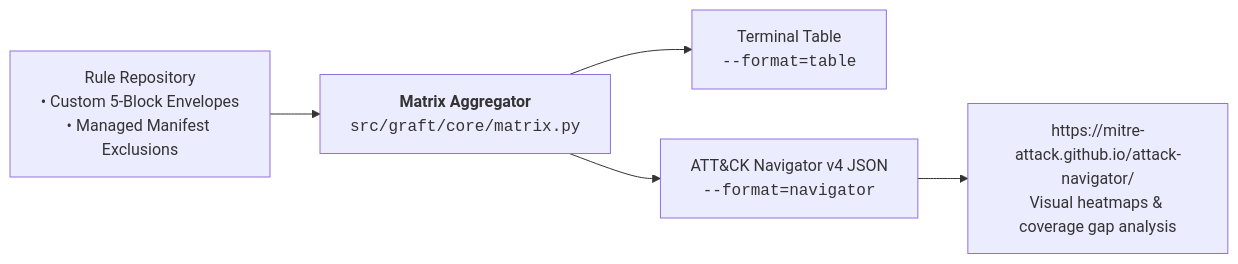
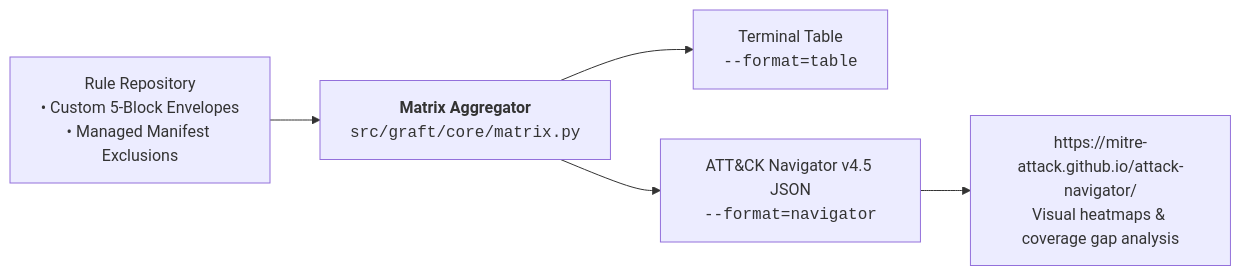
Before and after one commit to lopes/graft: the diagram in docs/analysts/visibility_and_matrix.md, drawn with Mermaid. The commit also changed other lines of this file and 22 other files, not shown here.

````diff
--- a/docs/analysts/visibility_and_matrix.md
+++ b/docs/analysts/visibility_and_matrix.md
@@ -11,8 +11,8 @@
 ```mermaid
 flowchart LR
     RULES["Rule Repository<br/>• Custom 5-Block Envelopes<br/>• Managed Manifest Exclusions"] --> EXTRACT["<b>Matrix Aggregator</b><br/><code>src/graft/core/matrix.py</code>"]
     EXTRACT --> TABLE["Terminal Table<br/><code>--format=table</code>"]
-    EXTRACT --> NAV["ATT&CK Navigator v4 JSON<br/><code>--format=navigator</code>"]
+    EXTRACT --> NAV["ATT&CK Navigator v4.5 JSON<br/><code>--format=navigator</code>"]
 
     NAV --> NAV_UI["https://mitre-attack.github.io/attack-navigator/<br/>Visual heatmaps & coverage gap analysis"]
 ```
````
